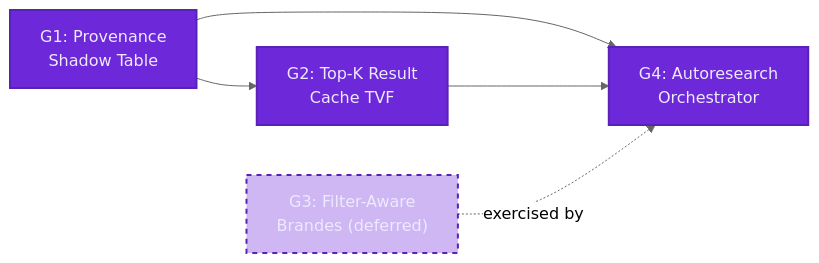
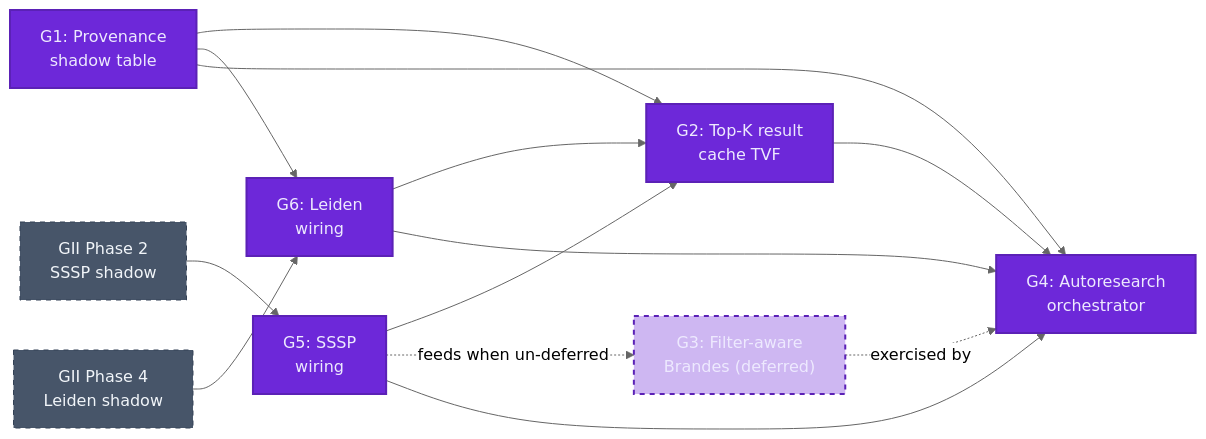
The fifth of 5 diagrams in docs/plans/adv-centrality-filtering.md (neozenith/sqlite-muninn), drawn with Mermaid (neutral theme) before and after one commit. The commit also changed other lines of this file, not shown here.

````diff
--- a/docs/plans/adv-centrality-filtering.md
+++ b/docs/plans/adv-centrality-filtering.md
@@ -288,11 +307,21 @@
 ```mermaid
 flowchart LR
-    G1["G1: Provenance<br/>Shadow Table"] --> G2["G2: Top-K Result<br/>Cache TVF"]
-    G1 --> G4["G4: Autoresearch<br/>Orchestrator"]
+    GII2["GII Phase 2<br/>SSSP shadow"] --> G5["G5: SSSP<br/>wiring"]
+    GII4["GII Phase 4<br/>Leiden shadow"] --> G6["G6: Leiden<br/>wiring"]
+    G1["G1: Provenance<br/>shadow table"] --> G2["G2: Top-K result<br/>cache TVF"]
+    G1 --> G6
+    G5 --> G2
+    G6 --> G2
+    G5 -.feeds when un-deferred.-> G3
+    G1 --> G4["G4: Autoresearch<br/>orchestrator"]
     G2 --> G4
-    G3["G3: Filter-Aware<br/>Brandes (deferred)"] -.exercised by.-> G4
+    G5 --> G4
+    G6 --> G4
+    G3["G3: Filter-aware<br/>Brandes (deferred)"] -.exercised by.-> G4
     classDef gap fill:#6d28d9,stroke:#5b21b6,color:#ede9fe,stroke-width:2px
     classDef deferred fill:#6d28d955,stroke:#5b21b6,color:#ede9fe,stroke-width:2px,stroke-dasharray:5 5
-    class G1,G2,G4 gap
+    classDef external fill:#475569,stroke:#334155,color:#f1f5f9,stroke-width:1px,stroke-dasharray:5 5
+    class G1,G2,G4,G5,G6 gap
     class G3 deferred
+    class GII2,GII4 external
 ```
````
